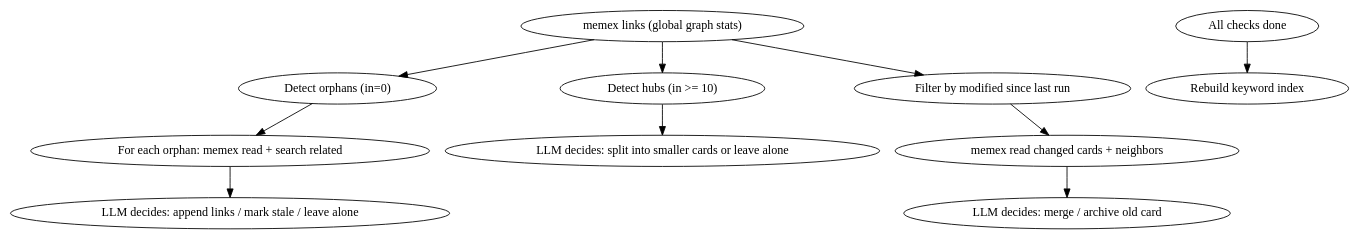
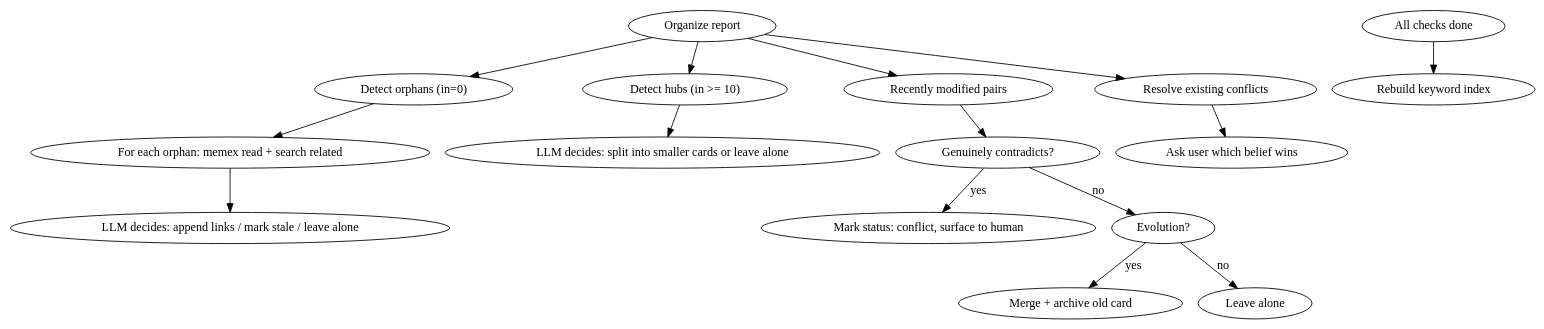
Before and after one commit to kylegl/memex: the diagram in skills/memex-organize/SKILL.md, drawn with Graphviz. The commit also changed 2 other files, not shown here.

Commit message:
fix: address code review — eliminate double reads, fix empty date, update diagram
- Remove duplicate card read loop; collect status in first pass
- Cards with no modified date included conservatively (not silently skipped)
- Use only modified field for since check, not created fallback
- Update dot diagram to match new contradiction resolution flow
- Add first-run cap overflow message with guidance
- Add tests for empty date inclusion and hub detection

````diff
--- a/skills/memex-organize/SKILL.md
+++ b/skills/memex-organize/SKILL.md
@@ -27,13 +27,18 @@
 ```dot
 digraph organize {
-    "memex links (global graph stats)" -> "Detect orphans (in=0)";
+    "Organize report" -> "Detect orphans (in=0)";
     "Detect orphans (in=0)" -> "For each orphan: memex read + search related";
     "For each orphan: memex read + search related" -> "LLM decides: append links / mark stale / leave alone";
-    "memex links (global graph stats)" -> "Detect hubs (in >= 10)";
+    "Organize report" -> "Detect hubs (in >= 10)";
     "Detect hubs (in >= 10)" -> "LLM decides: split into smaller cards or leave alone";
-    "memex links (global graph stats)" -> "Filter by modified since last run";
-    "Filter by modified since last run" -> "memex read changed cards + neighbors";
-    "memex read changed cards + neighbors" -> "LLM decides: merge / archive old card";
+    "Organize report" -> "Recently modified pairs";
+    "Recently modified pairs" -> "Genuinely contradicts?" [shape=diamond];
+    "Genuinely contradicts?" -> "Mark status: conflict, surface to human" [label="yes"];
+    "Genuinely contradicts?" -> "Evolution?" [label="no"];
+    "Evolution?" -> "Merge + archive old card" [label="yes"];
+    "Evolution?" -> "Leave alone" [label="no"];
+    "Organize report" -> "Resolve existing conflicts";
+    "Resolve existing conflicts" -> "Ask user which belief wins";
     "All checks done" -> "Rebuild keyword index";
 }
 ```
````
